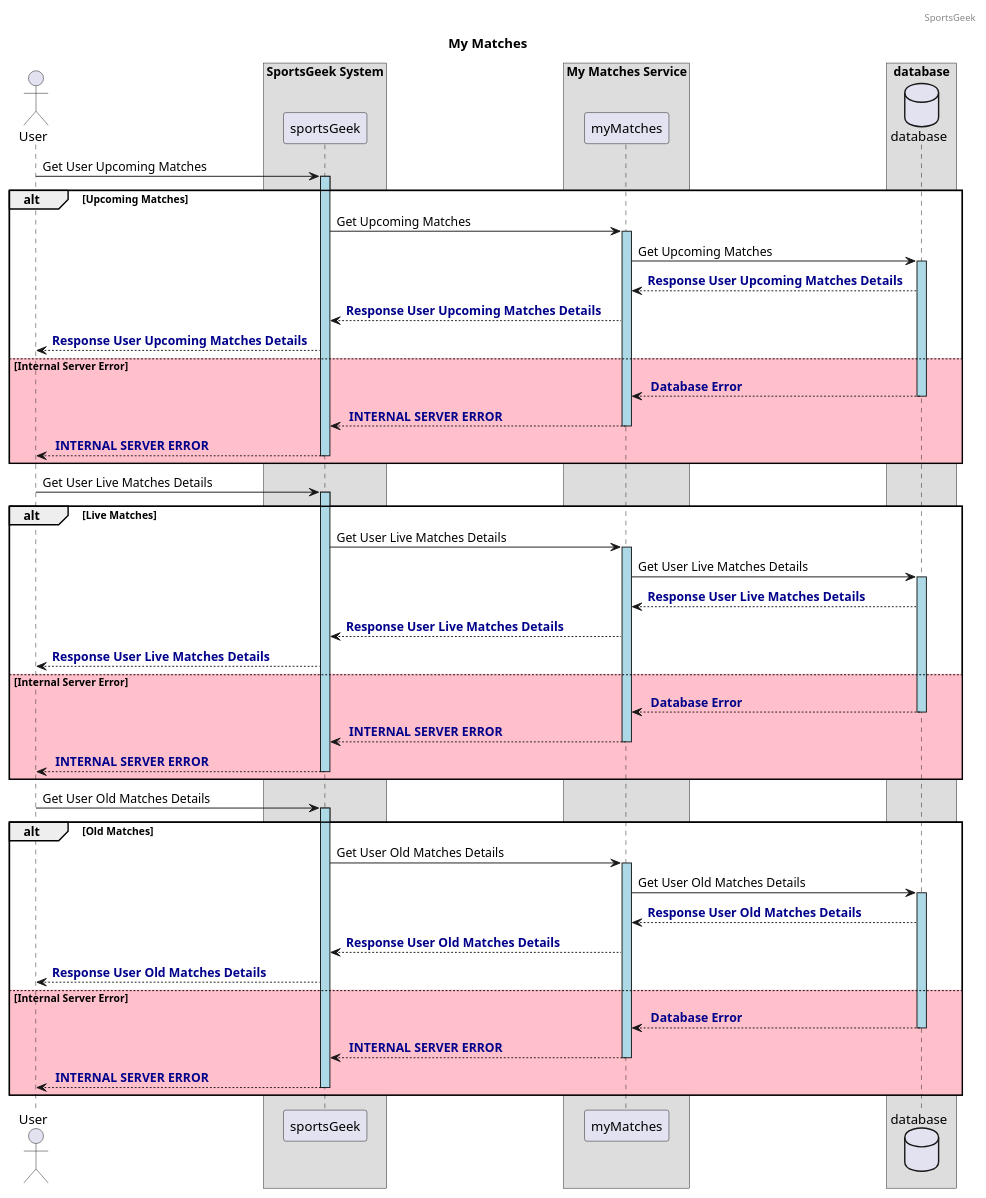
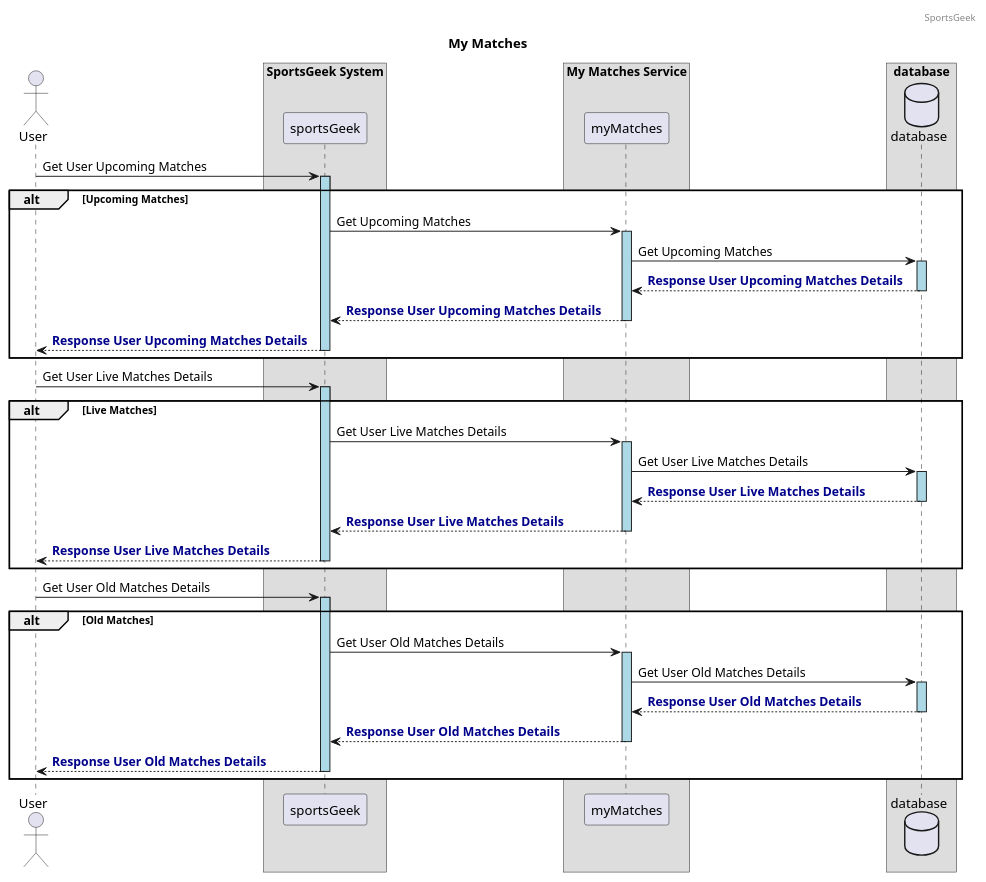
One commit to suraj903/sportsgeek_backend-1 changed the diagram in src/doc/sequenceDiagram/myMatches.puml. Above: the diagram before and after it, drawn with PlantUML. The commit also changed 19 other files, not shown here.

Commit message:
Sequence Diagram implementation --sajesh

```diff
--- a/src/doc/sequenceDiagram/myMatches.puml
+++ b/src/doc/sequenceDiagram/myMatches.puml
@@ -1,73 +1,61 @@
 @startuml
 header SportsGeek
 title My Matches
 skinparam ParticipantPadding 10
 skinparam BoxPadding 20
 actor User
 box "SportsGeek System"
  participant sportsGeek
 end box
 box "My Matches Service"
  participant myMatches
 end box
 box "database"
     database database
 end box
 User -> sportsGeek: Get User Upcoming Matches
 activate sportsGeek #lightblue
 alt #white Upcoming Matches
 sportsGeek -> "myMatches" : Get Upcoming Matches
 activate myMatches #lightblue
     myMatches -> "database" : Get Upcoming Matches
     activate "database" #lightblue
     "database" --> "myMatches" : <font color=darkblue><b>Response User Upcoming Matches Details
+    deactivate "database"
     "myMatches" --> "sportsGeek" : <font color=darkblue><b>Response User Upcoming Matches Details
+    deactivate "myMatches"
     "sportsGeek" --> User : <font color=darkblue><b>Response User Upcoming Matches Details
-else #pink Internal Server Error
-"database" --> "myMatches" : <font color=darkblue><b> Database Error
-deactivate "database"
-"myMatches" --> "sportsGeek" : <font color=darkblue><b> INTERNAL SERVER ERROR
-deactivate "myMatches"
-"sportsGeek" --> User : <font color=darkblue><b> INTERNAL SERVER ERROR
 deactivate "sportsGeek"
 end alt
 
 User -> sportsGeek: Get User Live Matches Details
 activate sportsGeek #lightblue
 alt #white Live Matches
 sportsGeek -> "myMatches" : Get User Live Matches Details
 activate myMatches #lightblue
     myMatches -> "database" : Get User Live Matches Details
     activate "database" #lightblue
     "database" --> "myMatches" : <font color=darkblue><b>Response User Live Matches Details
+deactivate "database"
     "myMatches" --> "sportsGeek" : <font color=darkblue><b>Response User Live Matches Details
+   deactivate "myMatches"
     "sportsGeek" --> User : <font color=darkblue><b>Response User Live Matches Details
-else #pink Internal Server Error
-"database" --> "myMatches" : <font color=darkblue><b> Database Error
-deactivate "database"
-"myMatches" --> "sportsGeek" : <font color=darkblue><b> INTERNAL SERVER ERROR
-deactivate "myMatches"
-"sportsGeek" --> User : <font color=darkblue><b> INTERNAL SERVER ERROR
 deactivate "sportsGeek"
 end alt
 
 
 User -> sportsGeek: Get User Old Matches Details
 activate sportsGeek #lightblue
 alt #white Old Matches
 sportsGeek -> "myMatches" : Get User Old Matches Details
 activate myMatches #lightblue
     myMatches -> "database" : Get User Old Matches Details
     activate "database" #lightblue
     "database" --> "myMatches" : <font color=darkblue><b>Response User Old Matches Details
+    deactivate "database"
     "myMatches" --> "sportsGeek" : <font color=darkblue><b>Response User Old Matches Details
+    deactivate "myMatches"
     "sportsGeek" --> User : <font color=darkblue><b>Response User Old Matches Details
-else #pink Internal Server Error
-"database" --> "myMatches" : <font color=darkblue><b> Database Error
-deactivate "database"
-"myMatches" --> "sportsGeek" : <font color=darkblue><b> INTERNAL SERVER ERROR
-deactivate "myMatches"
-"sportsGeek" --> User : <font color=darkblue><b> INTERNAL SERVER ERROR
 deactivate "sportsGeek"
 end alt
 @enduml
```
